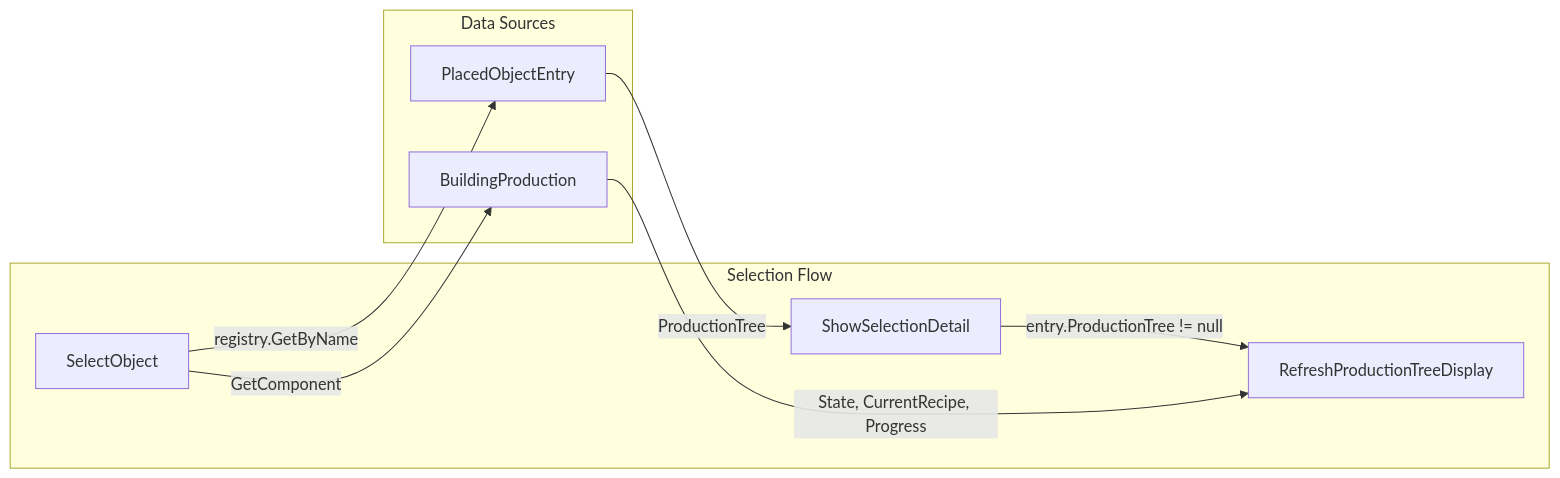
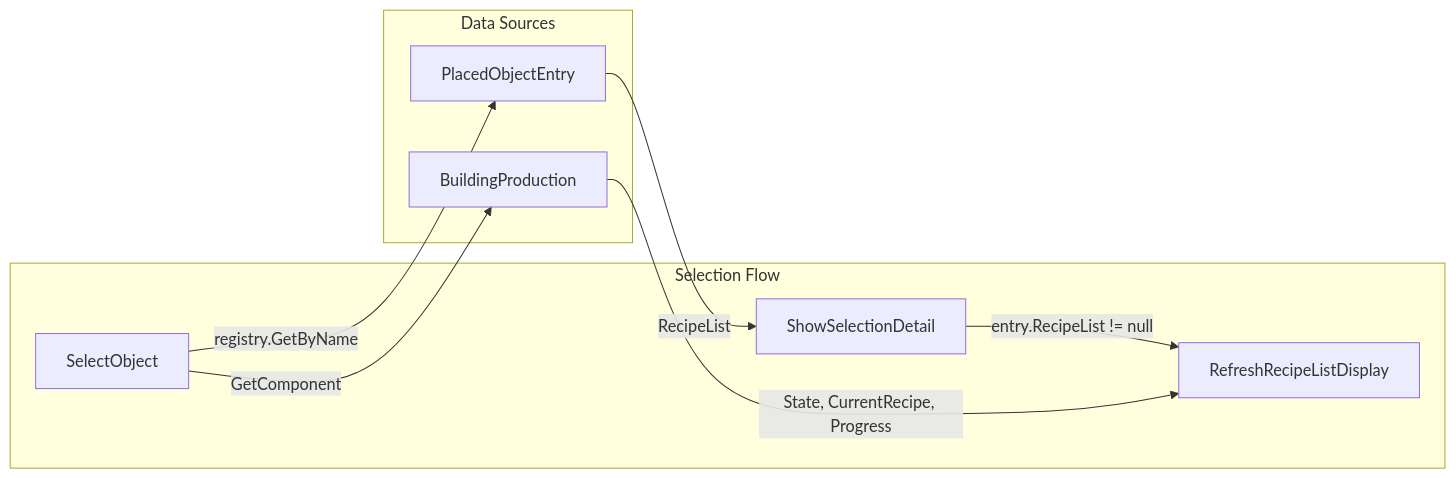
The second of 2 diagrams in .cursor/plans/building_production_tree.plan.md (janschupke/voxel), drawn with Mermaid before and after one commit. The commit also changed other lines of this file and 15 other files, not shown here.

Commit message:
Rename recipe list

````diff
--- a/.cursor/plans/building_production_tree.plan.md
+++ b/.cursor/plans/building_production_tree.plan.md
@@ -168,19 +168,19 @@
 ```mermaid
 flowchart LR
     subgraph selection [Selection Flow]
         Select[SelectObject]
         Show[ShowSelectionDetail]
-        RefreshProd[RefreshProductionTreeDisplay]
+        RefreshProd[RefreshRecipeListDisplay]
     end
 
     subgraph data [Data Sources]
         Entry[PlacedObjectEntry]
         BP[BuildingProduction]
     end
 
     Select -->|GetComponent| BP
     Select -->|registry.GetByName| Entry
-    Entry -->|ProductionTree| Show
-    Show -->|entry.ProductionTree != null| RefreshProd
+    Entry -->|RecipeList| Show
+    Show -->|entry.RecipeList != null| RefreshProd
     BP -->|State, CurrentRecipe, Progress| RefreshProd
 ```
````
